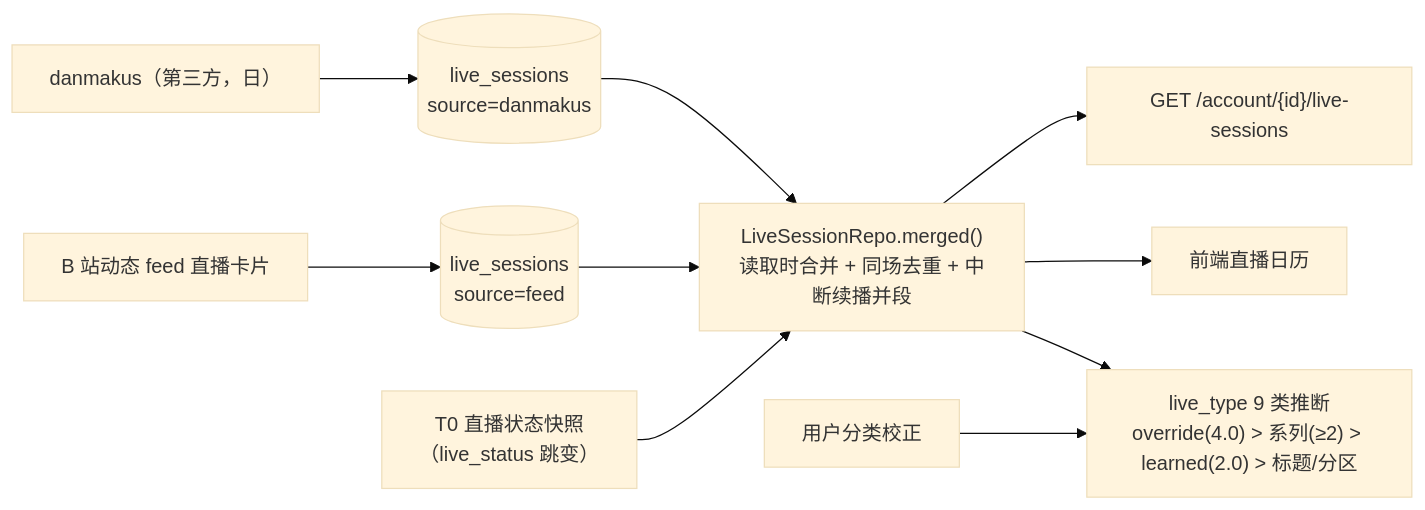
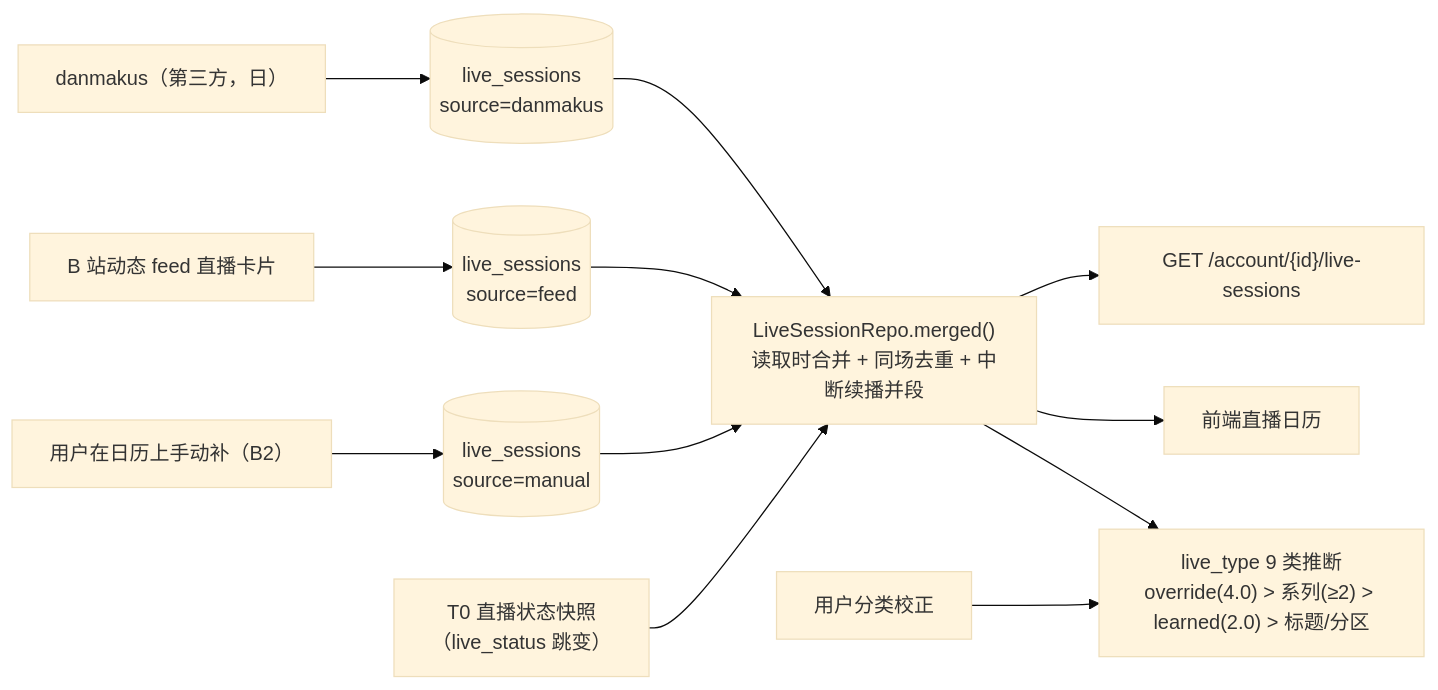
One commit to Mrslippe/DDToolkit changed the diagram in docs/backend/LIVE-AND-DANMAKU.md. Above: the diagram before and after it, drawn with Mermaid (base theme). The commit also changed other lines of this file and 34 other files, not shown here.

````diff
--- a/docs/backend/LIVE-AND-DANMAKU.md
+++ b/docs/backend/LIVE-AND-DANMAKU.md
@@ -14,12 +14,14 @@
 ```mermaid
 flowchart LR
   D["danmakus（第三方，日）"] --> LS[("live_sessions<br/>source=danmakus")]
   F["B 站动态 feed 直播卡片"] --> LS2[("live_sessions<br/>source=feed")]
+  U["用户在日历上手动补（B2）"] --> LS4[("live_sessions<br/>source=manual")]
   T0["T0 直播状态快照<br/>（live_status 跳变）"] --> M
   LS --> M["LiveSessionRepo.merged()<br/>读取时合并 + 同场去重 + 中断续播并段"]
   LS2 --> M
+  LS4 --> M
   M --> API["GET /account/{id}/live-sessions"]
   M --> CAL["前端直播日历"]
   O["用户分类校正"] --> LT["live_type 9 类推断<br/>override(4.0) > 系列(≥2) > learned(2.0) > 标题/分区"]
   M --> LT
 ```
````
